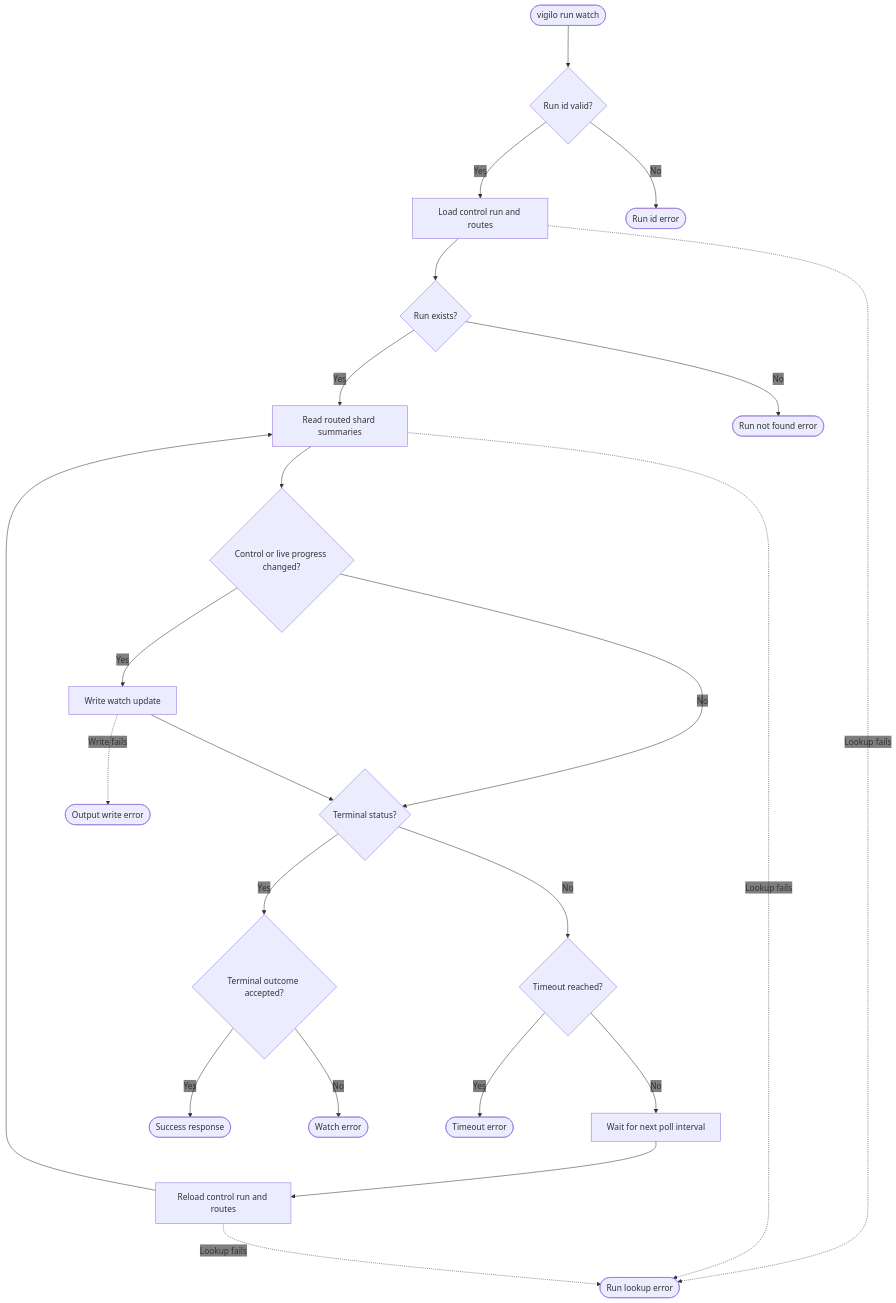
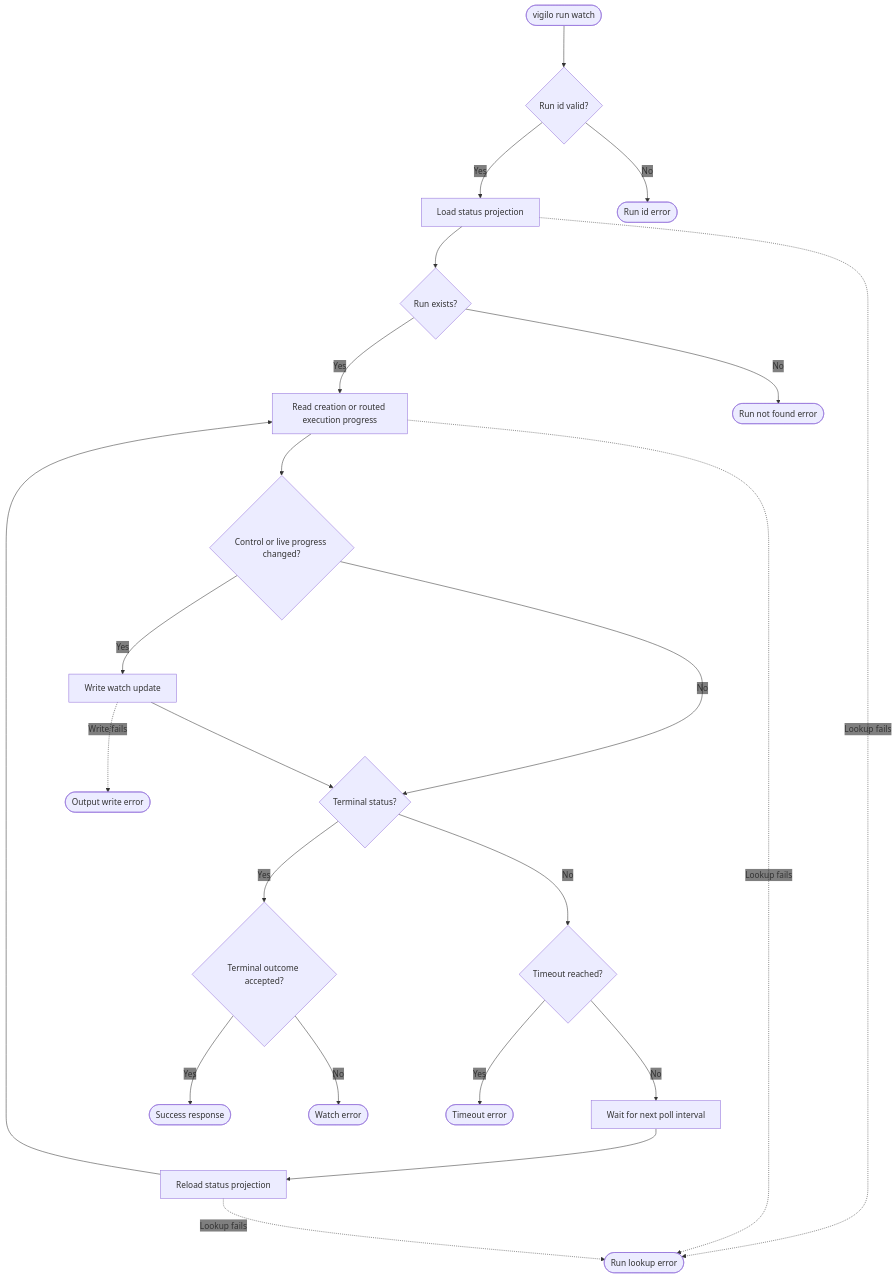
The diagram in web/docs/architecture/flows/run/watch/decision-flow.mmd (gregl83/agent-vigilo), drawn with Mermaid before and after one commit. The commit also changed 25 other files, not shown here.

Commit message:
update docs workflows for run creation step

```diff
--- a/web/docs/architecture/flows/run/watch/decision-flow.mmd
+++ b/web/docs/architecture/flows/run/watch/decision-flow.mmd
@@ -1,69 +1,69 @@
 ---
 config:
   flowchart:
     nodeSpacing: 150
     rankSpacing: 80
   themeVariables:
     edgeLabelBackground: 'transparent'
 ---
 flowchart TD
     Start([vigilo run watch])
 
     RunId{Run id valid?}
-    LoadRun[Load control run and routes]
+    LoadRun[Load status projection]
     Found{Run exists?}
-    Summaries[Read routed shard summaries]
+    Progress[Read creation or routed execution progress]
     Emit{Control or live progress changed?}
     Write[Write watch update]
     Terminal{Terminal status?}
     Outcome{Terminal outcome accepted?}
     Deadline{Timeout reached?}
     Wait[Wait for next poll interval]
-    Reload[Reload control run and routes]
+    Reload[Reload status projection]
 
     Success([Success response])
 
     RunIdFail([Run id error])
     NotFoundFail([Run not found error])
     OutputFail([Output write error])
     TerminalFail([Watch error])
     TimeoutFail([Timeout error])
     ReloadFail([Run lookup error])
 
     Start --> RunId
 
     RunId -- No --> RunIdFail
     RunId -- Yes --> LoadRun
 
     LoadRun --> Found
     LoadRun -. Lookup fails .-> ReloadFail
 
     Found -- No --> NotFoundFail
-    Found -- Yes --> Summaries
+    Found -- Yes --> Progress
 
-    Summaries --> Emit
-    Summaries -. Lookup fails .-> ReloadFail
+    Progress --> Emit
+    Progress -. Lookup fails .-> ReloadFail
 
     Emit -- Yes --> Write
     Emit -- No --> Terminal
 
     Write --> Terminal
     Write -. Write fails .-> OutputFail
 
     Terminal -- Yes --> Outcome
     Terminal -- No --> Deadline
 
     Outcome -- Yes --> Success
     Outcome -- No --> TerminalFail
 
     Deadline -- Yes --> TimeoutFail
     Deadline -- No --> Wait
 
     Wait --> Reload
-    Reload --> Summaries
+    Reload --> Progress
     Reload -. Lookup fails .-> ReloadFail
 
     class Start command
     class Success success
-    class RunId,LoadRun,Found,Summaries,Emit,Write,Terminal,Outcome,Deadline,Wait,Reload system
+    class RunId,LoadRun,Found,Progress,Emit,Write,Terminal,Outcome,Deadline,Wait,Reload system
     class RunIdFail,NotFoundFail,OutputFail,TerminalFail,TimeoutFail,ReloadFail error
```
